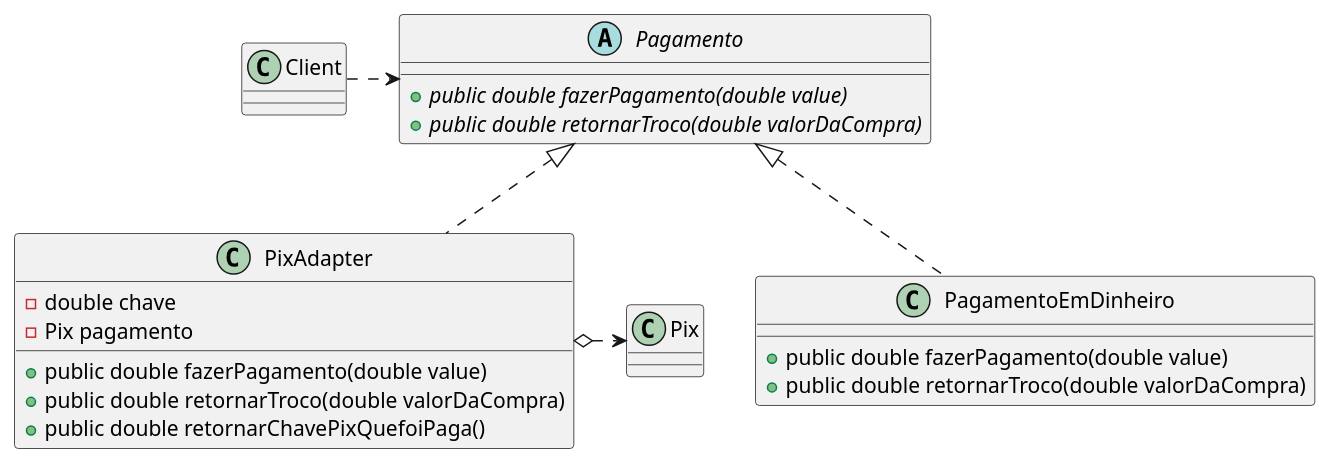
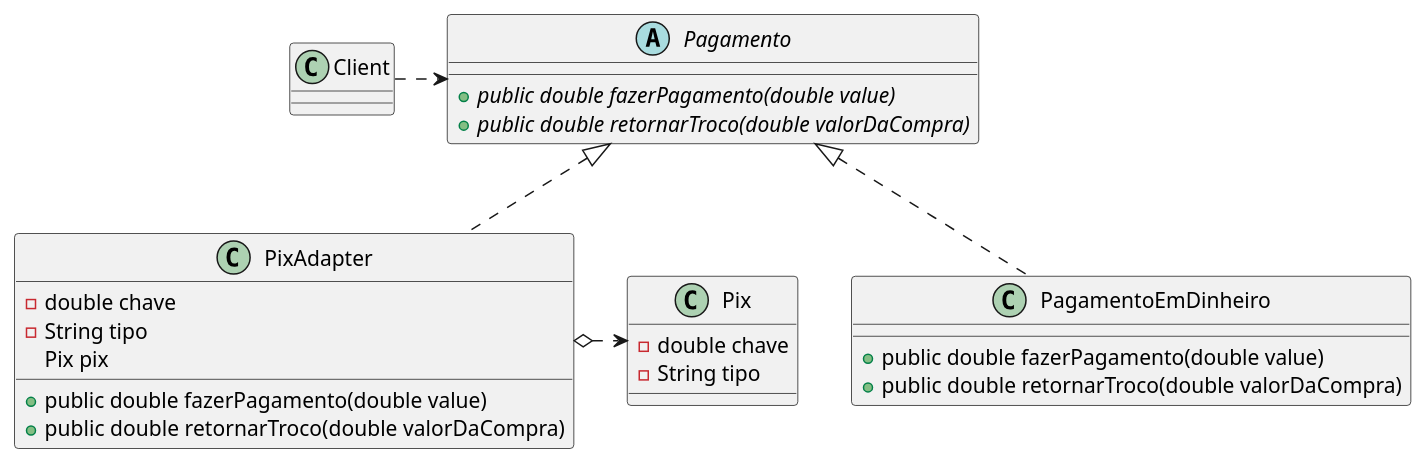
One commit to leandro-costa/blog-material-aula-template changed the second of 2 diagrams in posts/Adapter.md. Above: the diagram before and after it, drawn with PlantUML. The commit also changed other lines of this file and 3 other files, not shown here.

````diff
--- a/posts/Adapter.md
+++ b/posts/Adapter.md
@@ -250,32 +249,32 @@
 ```plantuml
 @startuml
 
 abstract class Pagamento{
  + {abstract} public double fazerPagamento(double value)
  + {abstract} public double retornarTroco(double valorDaCompra)
 }
 
 class Client
 class PixAdapter implements Pagamento{
     - double chave
-    - Pix pagamento
+    - String tipo
+    Pix pix
     +public double fazerPagamento(double value)
     +public double retornarTroco(double valorDaCompra)
-    +public double retornarChavePixQuefoiPaga()
 }
 class PagamentoEmDinheiro implements Pagamento{
     +public double fazerPagamento(double value)
     +public double retornarTroco(double valorDaCompra)
 }
 
-class Pix
+class Pix{
+    - double chave
+    - String tipo
+}
 
 Client .> Pagamento
 PixAdapter o.> Pix
 
 
-
-
-
 @enduml
 ```
````
